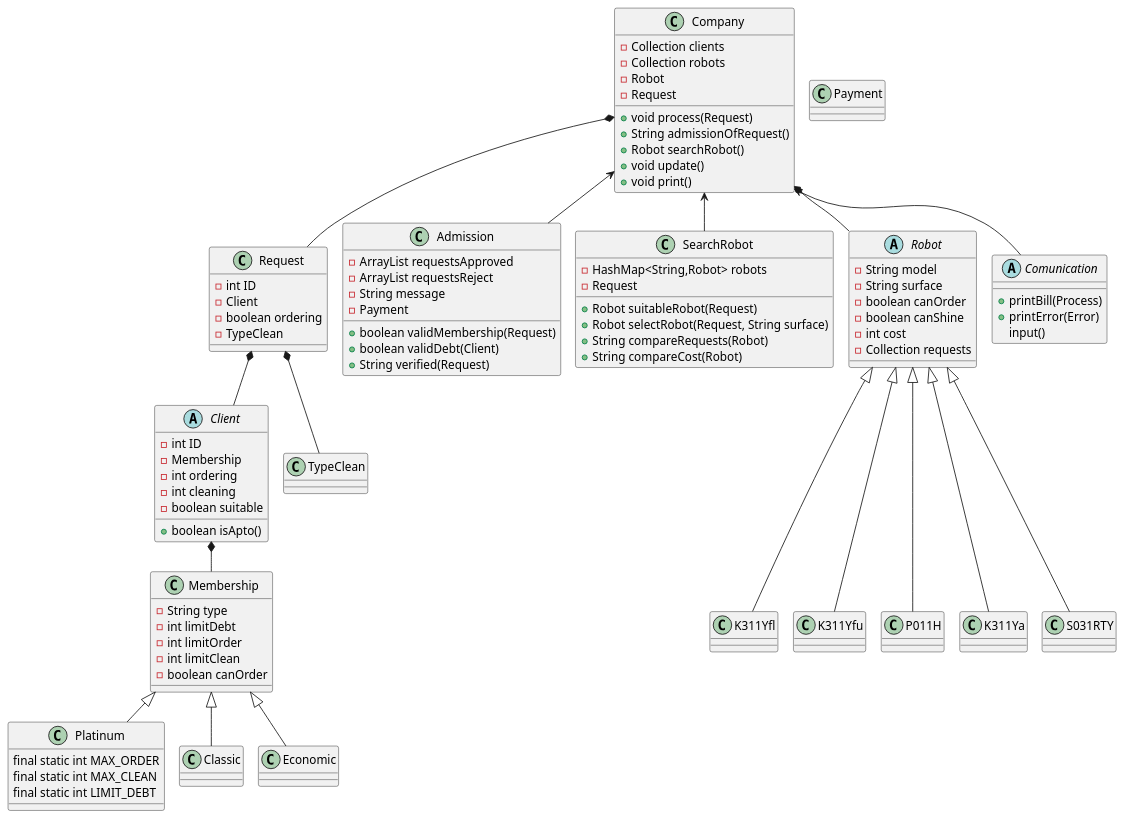
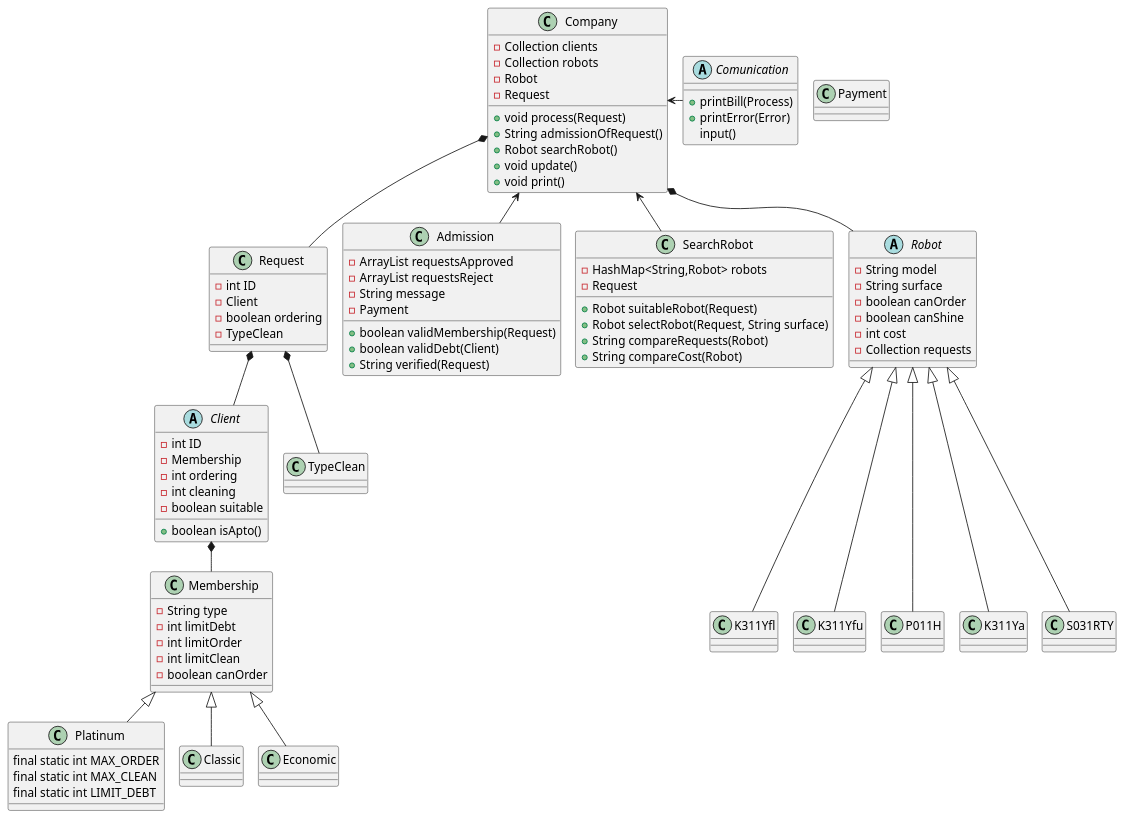
Before and after one commit to Grupo-3-Labo-y-prog/RobotsTP: the diagram in src/Aproach3.puml, drawn with PlantUML. The commit also changed 2 other files, not shown here.

Commit message:
Diagrama de secuencia

```diff
--- a/src/Aproach3.puml
+++ b/src/Aproach3.puml
@@ -1,149 +1,149 @@
 @startuml
 'https://plantuml.com/class-diagram
 
 !pragma layout smetana
 
 'array de pedidos hechos por robot
 
 abstract Client
 class Membership
 class Platinum
 class Classic
 class Economic
 class Request
 class TypeClean
 class Admission
 class Company
 class SearchRobot
 class Payment
 abstract class Robot
 class K311Yfl
 class K311Yfu
 class P011H
 class K311Ya
 class S031RTY
 
 
 Client *-- Membership
 Membership <|-- Platinum
 Membership <|-- Classic
 Membership <|-- Economic
 Company <-- Admission
 Company <-- SearchRobot
-Company <-- Comunication
+Company <- Comunication
 Company *-- Robot
 Company *-- Request
 Request *-- Client
 Request *-- TypeClean
 Robot <|---K311Ya
 Robot <|---S031RTY
 Robot <|---P011H
 Robot <|---K311Yfu
 Robot <|---K311Yfl
 
 
 abstract Comunication{
 +printBill(Process)
 +printError(Error)
 input()
 }
 
 abstract class Robot{
 -String model
 -String surface
 -boolean canOrder
 -boolean canShine
 -int cost
 -Collection requests
 }
 
 class Company{
 
 -Collection clients
 -Collection robots
 -Robot
 -Request
 
 'llama a admission
 +void process(Request)
 +String admissionOfRequest()
 +Robot searchRobot()
 +void update()
 +void print()
 
 
 }
 
 'posible clase
 class Admission{
 -ArrayList requestsApproved
 -ArrayList requestsReject
 -String message
 -Payment
 '-ArrayList clients
 
 'ej: pedir un ordenamiento cuando no puede
 +boolean validMembership(Request)
 +boolean validDebt(Client)
 +String verified(Request)
 
 
 }
 
 
 class SearchRobot{
 
 -HashMap<String,Robot> robots
 -Request
 
 'llama a la funcion selectRobot y recibe el robot ideal
 + Robot suitableRobot(Request)
 'recibe un request y realiza una iteracion
 'en la colleccion robots donde compara los requerimientos
 + Robot selectRobot(Request, String surface)
 'si es Platinum compara la cola que tiene con un min y se guarda la key
 'si es el primero se fija si es null y lo asigna
 + String compareRequests(Robot)
 'si no es platinum compara el costo con un min y guarda la key para devolverla
 + String compareCost(Robot)
 }
 
 'posible clase lo mismo arriba
 
 
 class Request{
 -int ID
 -Client
 -boolean ordering
 -TypeClean
 '-String address?
 
 }
 
 abstract Client{
 -int ID
 -Membership
 -int ordering
 -int cleaning
 -boolean suitable
 'Collection requests
 'String address?
 +boolean isApto()
 'return limitOrder > ordering && limitClean > cleaning
 }
 
 class Membership{
 -String type
 -int limitDebt
 -int limitOrder
 -int limitClean
 -boolean canOrder
 }
 
 class Platinum{
 final static int MAX_ORDER
 final static int MAX_CLEAN
 final static int LIMIT_DEBT
 }
 
 @enduml
```
